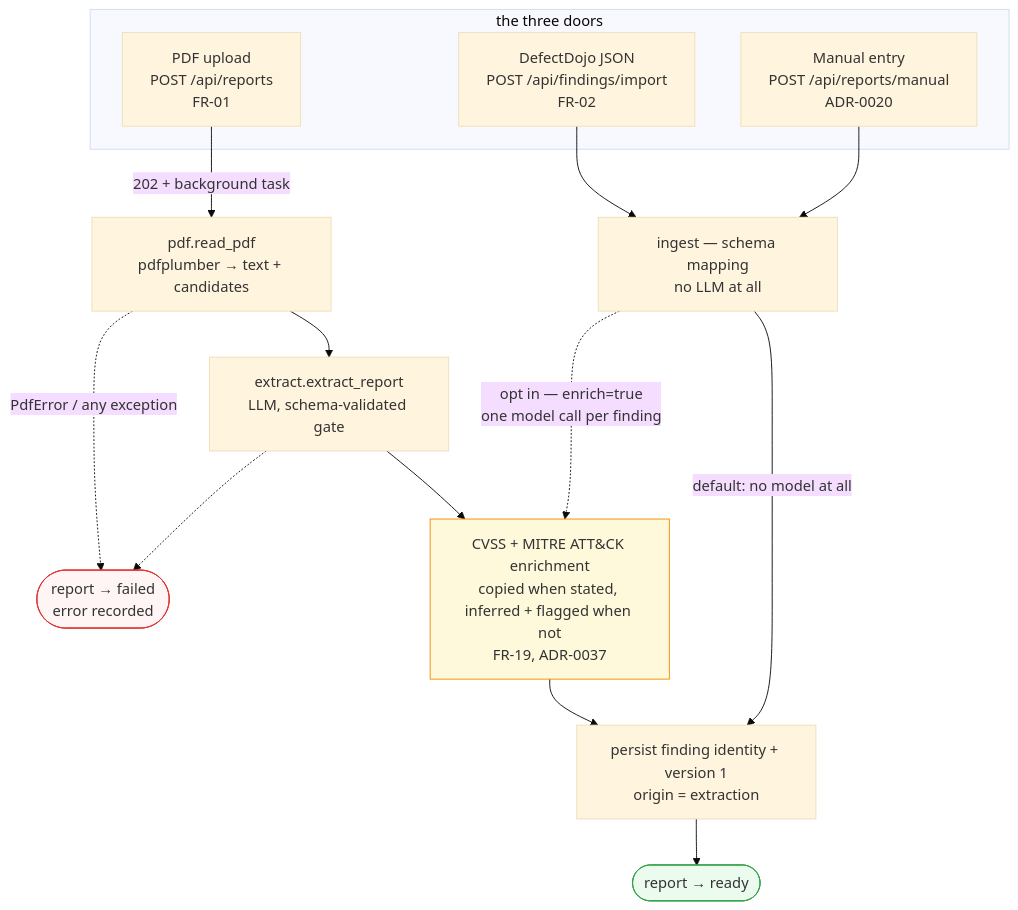
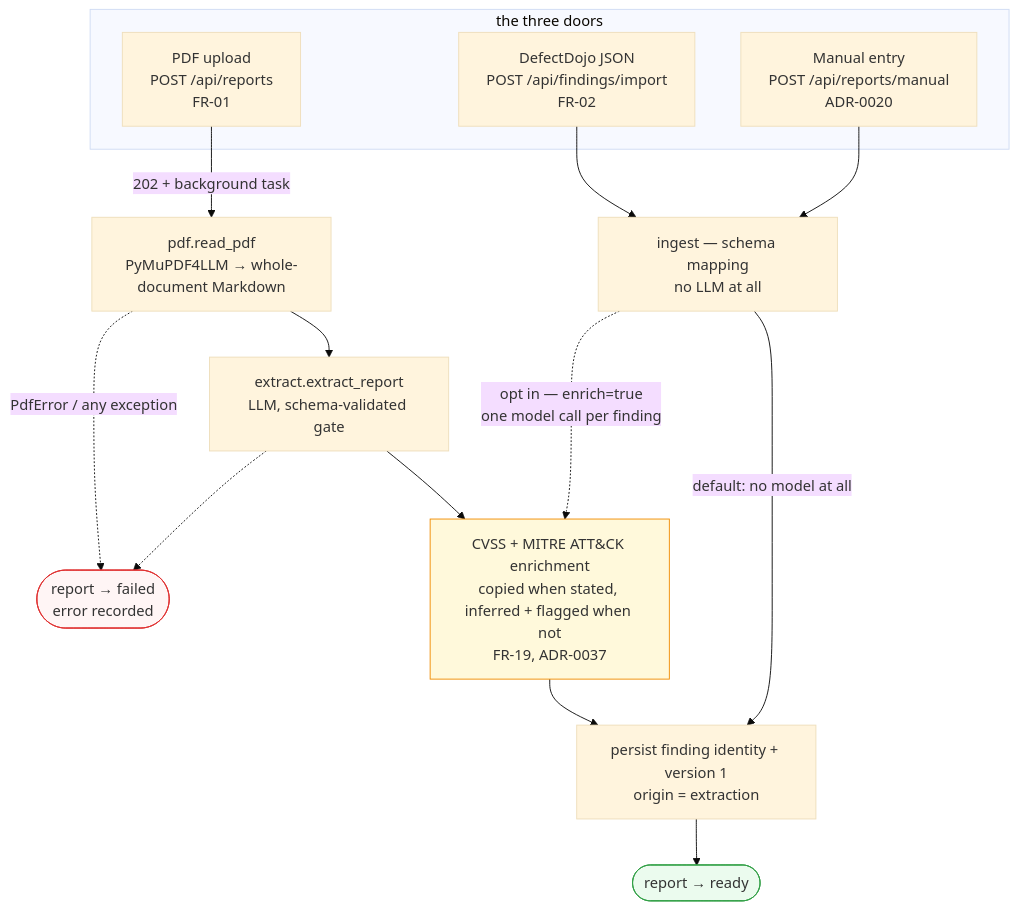
The first of 5 diagrams in docs/architecture/subsystem-flows.md (SelfishCoconut/revalid), drawn with Mermaid (base theme) before and after one commit. The commit also changed other lines of this file and 31 other files, not shown here.

First line of the commit message:
feat(extract): whole-document LLM ingestion — no regex segmentation (#294)

````diff
--- a/docs/architecture/subsystem-flows.md
+++ b/docs/architecture/subsystem-flows.md
@@ -17,26 +17,26 @@
 ```mermaid
 flowchart TB
     subgraph doors["the three doors"]
         P["PDF upload<br/>POST /api/reports<br/>FR-01"]
         J["DefectDojo JSON<br/>POST /api/findings/import<br/>FR-02"]
         M["Manual entry<br/>POST /api/reports/manual<br/>ADR-0020"]
     end
 
-    P -->|"202 + background task"| PX["pdf.read_pdf<br/>pdfplumber → text + candidates"]
+    P -->|"202 + background task"| PX["pdf.read_pdf<br/>PyMuPDF4LLM → whole-document Markdown"]
     PX --> EX["extract.extract_report<br/>LLM, schema-validated gate"]
     J --> MAP["ingest — schema mapping<br/>no LLM at all"]
     M --> MAP
 
     EX --> ENR["CVSS + MITRE ATT&CK enrichment<br/>copied when stated, inferred + flagged when not<br/>FR-19, ADR-0037"]
     ENR --> PERSIST["persist finding identity + version 1<br/>origin = extraction"]
     MAP -->|"default: no model at all"| PERSIST
     MAP -.->|"opt in — enrich=true<br/>one model call per finding"| ENR
     PERSIST --> READY(["report → ready"])
 
     PX -.->|"PdfError / any exception"| FAIL(["report → failed<br/>error recorded"])
     EX -.-> FAIL
 
     style READY fill:#ebfbee,stroke:#2f9e44
     style FAIL fill:#fff5f5,stroke:#e03131
     style ENR fill:#fff9db,stroke:#f08c00
 ```
````
